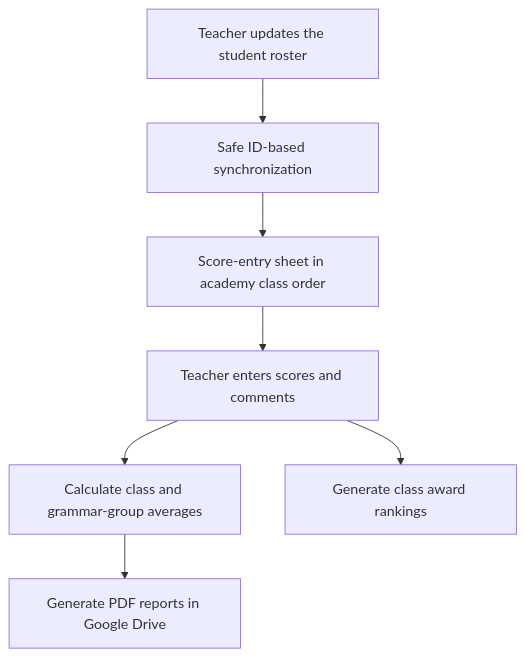
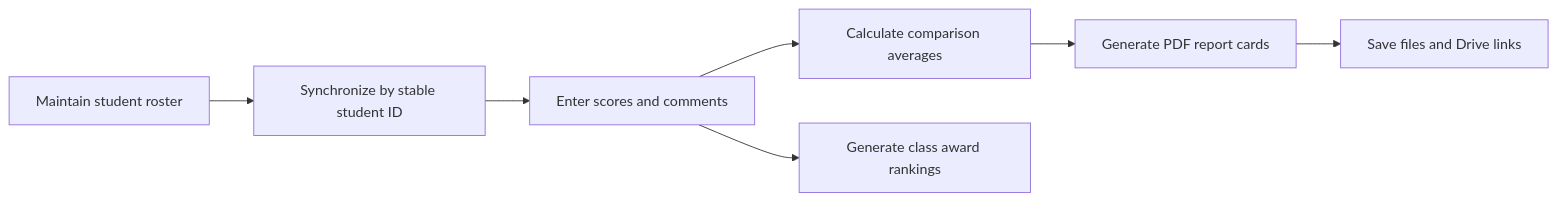
One commit to peter246412-tech/academy-report-card-automation changed the diagram in README.md. Above: the diagram before and after it, drawn with Mermaid. The commit also changed other lines of this file and 14 other files, not shown here.

````diff
--- a/README.md
+++ b/README.md
@@ -17,9 +31,9 @@
 ```mermaid
-flowchart TD
-    A[Teacher updates the student roster] --> B[Safe ID-based synchronization]
-    B --> C[Score-entry sheet in academy class order]
-    C --> D[Teacher enters scores and comments]
-    D --> E[Calculate class and grammar-group averages]
-    E --> F[Generate PDF reports in Google Drive]
-    D --> G[Generate class award rankings]
+flowchart LR
+    A[Maintain student roster] --> B[Synchronize by stable student ID]
+    B --> C[Enter scores and comments]
+    C --> D[Calculate comparison averages]
+    D --> E[Generate PDF report cards]
+    C --> F[Generate class award rankings]
+    E --> G[Save files and Drive links]
 ```
````
